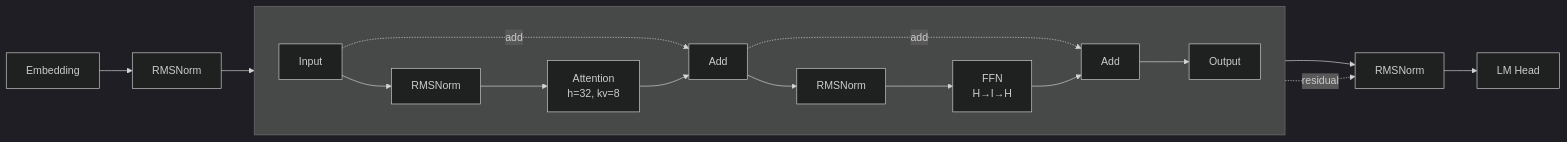
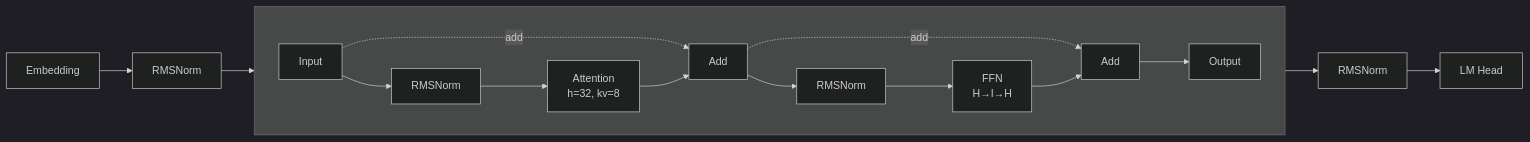
The first of 2 diagrams in llm_arch_generator/docs/superpowers/specs/2026-03-26-llm_arch_generator-design.md (kevinoldching/agent-skills), drawn with Mermaid (dark theme) before and after one commit. The commit also changed other lines of this file, not shown here.

````diff
--- a/llm_arch_generator/docs/superpowers/specs/2026-03-26-llm_arch_generator-design.md
+++ b/llm_arch_generator/docs/superpowers/specs/2026-03-26-llm_arch_generator-design.md
@@ -181,23 +181,22 @@
 ```mermaid
 graph LR
     E["Embedding"] --> LN1["RMSNorm"]
     LN1 --> TB["Transformer Block × 32"]
 
     subgraph TB[" "]
         direction LR
         Input["Input"] --> LN_a["RMSNorm"]
         LN_a --> Attn["Attention<br/>h=32, kv=8"]
         Input -.->|"add"| Add1["Add"]
         Attn --> Add1
 
         Add1 --> LN_b["RMSNorm"]
         LN_b --> FFN["FFN<br/>H→I→H"]
         Add1 -.->|"add"| Add2["Add"]
         FFN --> Add2
         Add2 --> Out["Output"]
     end
 
     TB --> LN2["RMSNorm"]
-    TB -.->|"residual"| LN2
     LN2 --> LM["LM Head"]
 ```
````
